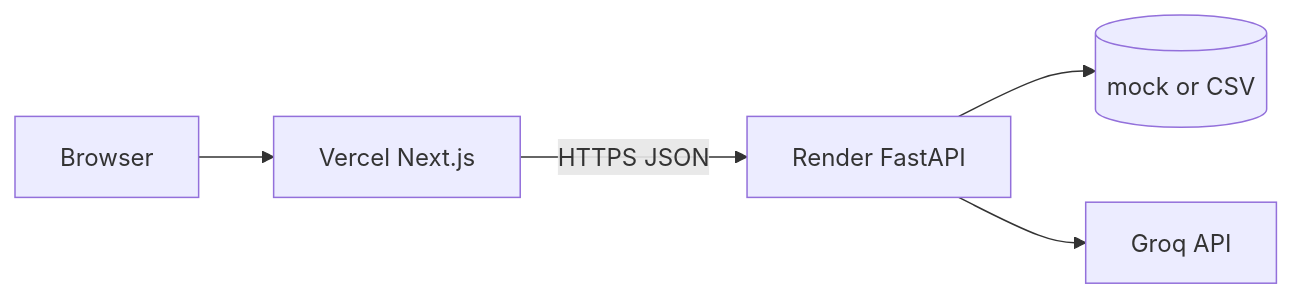
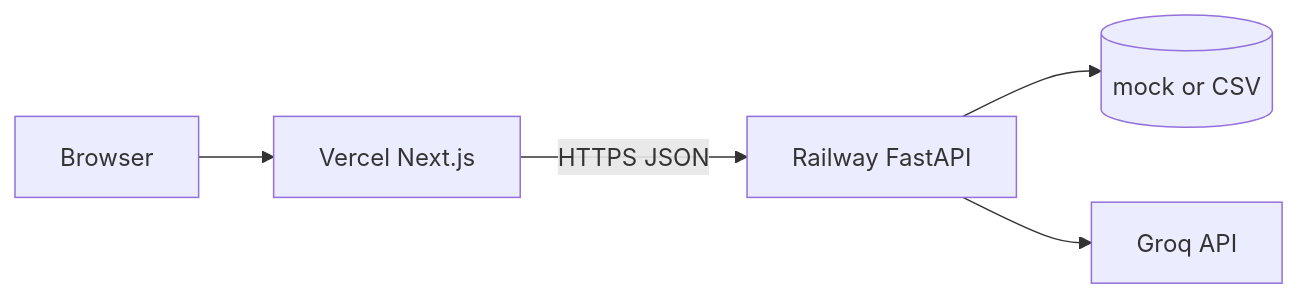
Before and after one commit to dhulipudialekhya-nextleap/Milestone-1---Zomato: the eighth of 8 diagrams in Docs/architecture.md, drawn with Mermaid. The commit also changed other lines of this file and 19 other files, not shown here.

Commit message:
Switch backend deployment from Render to Railway.

````diff
--- a/Docs/architecture.md
+++ b/Docs/architecture.md
@@ -612,7 +612,7 @@
 ```mermaid
 flowchart LR
   User[Browser] --> Vercel[Vercel Next.js]
-  Vercel -->|HTTPS JSON| Render[Render FastAPI]
-  Render --> Data[(mock or CSV)]
-  Render --> Groq[Groq API]
+  Vercel -->|HTTPS JSON| Railway[Railway FastAPI]
+  Railway --> Data[(mock or CSV)]
+  Railway --> Groq[Groq API]
 ```
````
